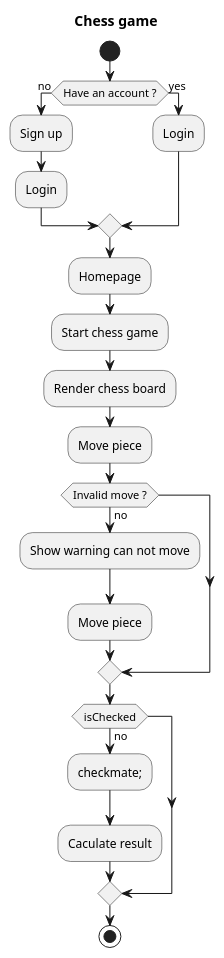
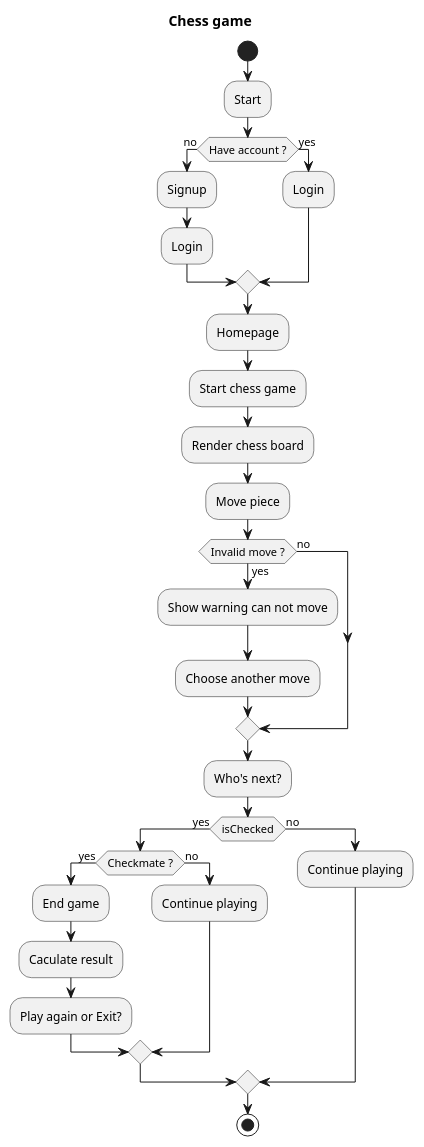
Before and after one commit to kieutridang/set2023: the diagram in team1/chessGame/docs/flowchartDiagrams/flowchart.plantuml, drawn with PlantUML.

Commit message:
S231-32 | Design Flowchart for chess game

```diff
--- a/team1/chessGame/docs/flowchartDiagrams/flowchart.plantuml
+++ b/team1/chessGame/docs/flowchartDiagrams/flowchart.plantuml
@@ -1,25 +1,34 @@
 @startuml chessGame
 title Chess game
 
 start
-if (Have an account ?) then (no)
-  :Sign up;
+:Start;
+if (Have account ?) then (no)
+  :Signup;
   :Login;
 else (yes)
   :Login;
 endif
-  :Homepage;
-  :Start chess game;
-  :Render chess board;
-  :Move piece;
-  if (Invalid move ?) then (no)
-    :Show warning can not move;
-    :Move piece;
-    
+:Homepage;
+:Start chess game;
+:Render chess board;
+:Move piece;
+if (Invalid move ?) then (yes)
+  :Show warning can not move;
+  :Choose another move;
+else (no)
+endif
+:Who's next?;
+if (isChecked) then (yes)
+  if (Checkmate ?) then (yes)
+    :End game;
+    :Caculate result;
+    :Play again or Exit?;
+  else (no)
+    :Continue playing;
   endif
-  if (isChecked) then (no)
-    :checkmate;;
-    :Caculate result;
-  endif
+else (no)
+  :Continue playing;
+endif
 stop
 @enduml
```
